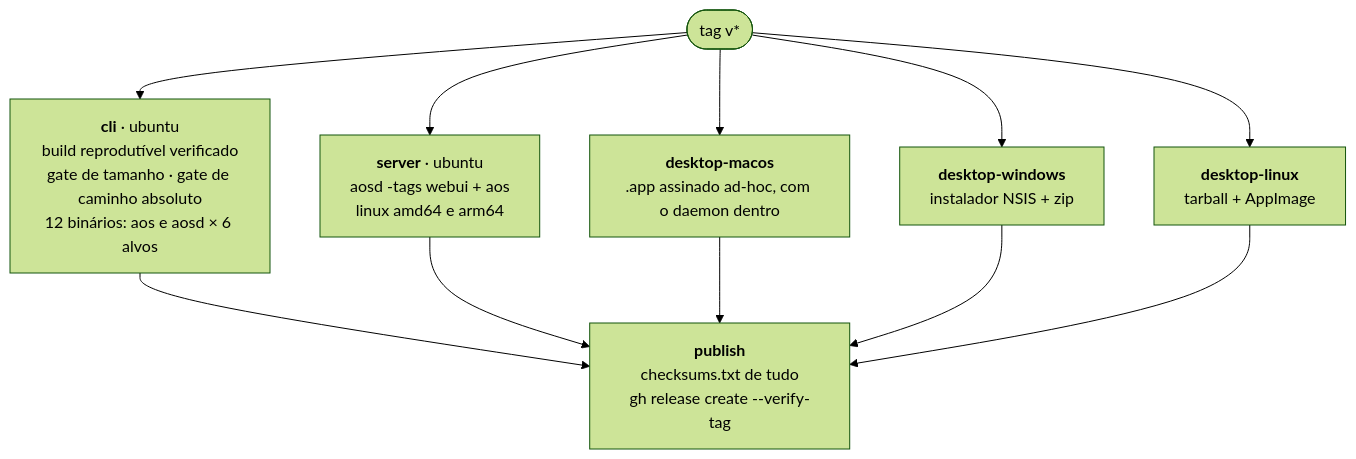
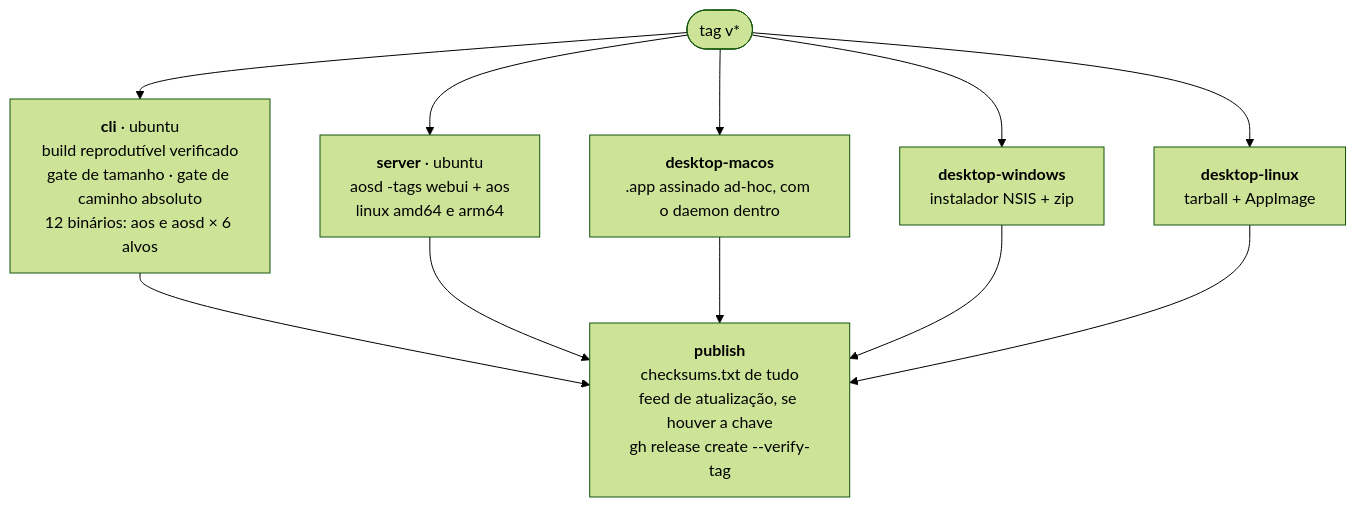
One commit to VS-7/AOS changed the second of 2 diagrams in docs/system/10-release.md. Above: the diagram before and after it, drawn with Mermaid (forest theme). The commit also changed other lines of this file and 3 other files, not shown here.

````diff
--- a/docs/system/10-release.md
+++ b/docs/system/10-release.md
@@ -42,9 +42,9 @@
 ```mermaid
 flowchart TB
     T([tag v*]) --> CLI["<b>cli</b> · ubuntu<br/>build reprodutível verificado<br/>gate de tamanho · gate de caminho absoluto<br/>12 binários: aos e aosd × 6 alvos"]
     T --> SRV["<b>server</b> · ubuntu<br/>aosd -tags webui + aos<br/>linux amd64 e arm64"]
     T --> MAC["<b>desktop-macos</b><br/>.app assinado ad-hoc, com o daemon dentro"]
     T --> WIN["<b>desktop-windows</b><br/>instalador NSIS + zip"]
     T --> LNX["<b>desktop-linux</b><br/>tarball + AppImage"]
-    CLI & SRV & MAC & WIN & LNX --> PUB["<b>publish</b><br/>checksums.txt de tudo<br/>gh release create --verify-tag"]
+    CLI & SRV & MAC & WIN & LNX --> PUB["<b>publish</b><br/>checksums.txt de tudo<br/>feed de atualização, se houver a chave<br/>gh release create --verify-tag"]
 ```
````
